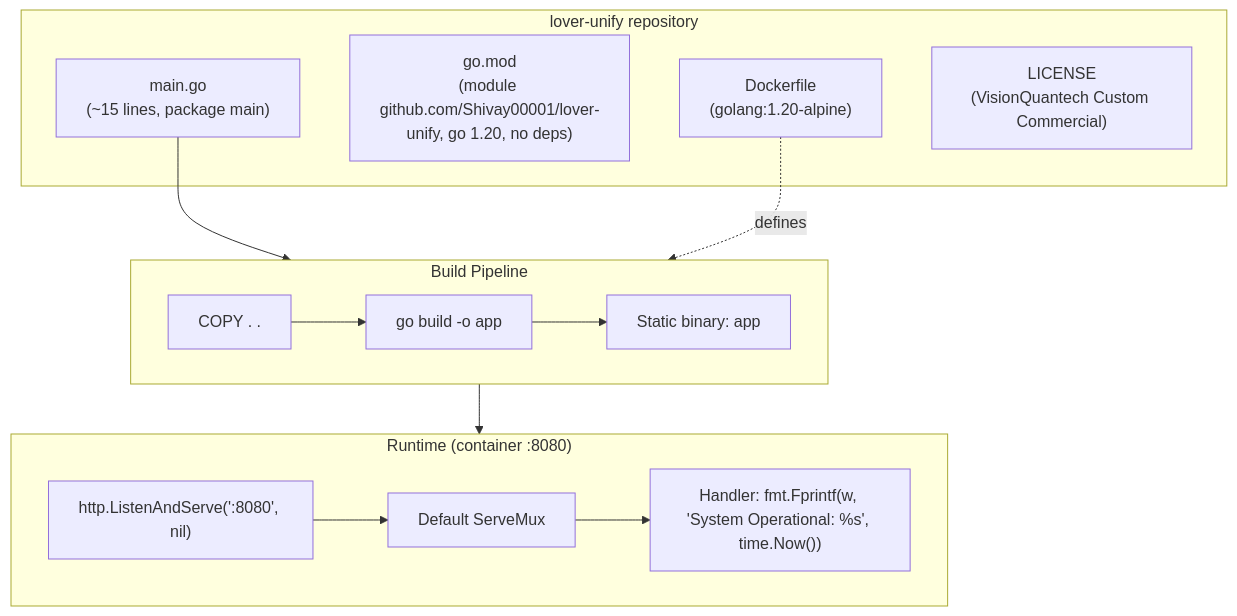
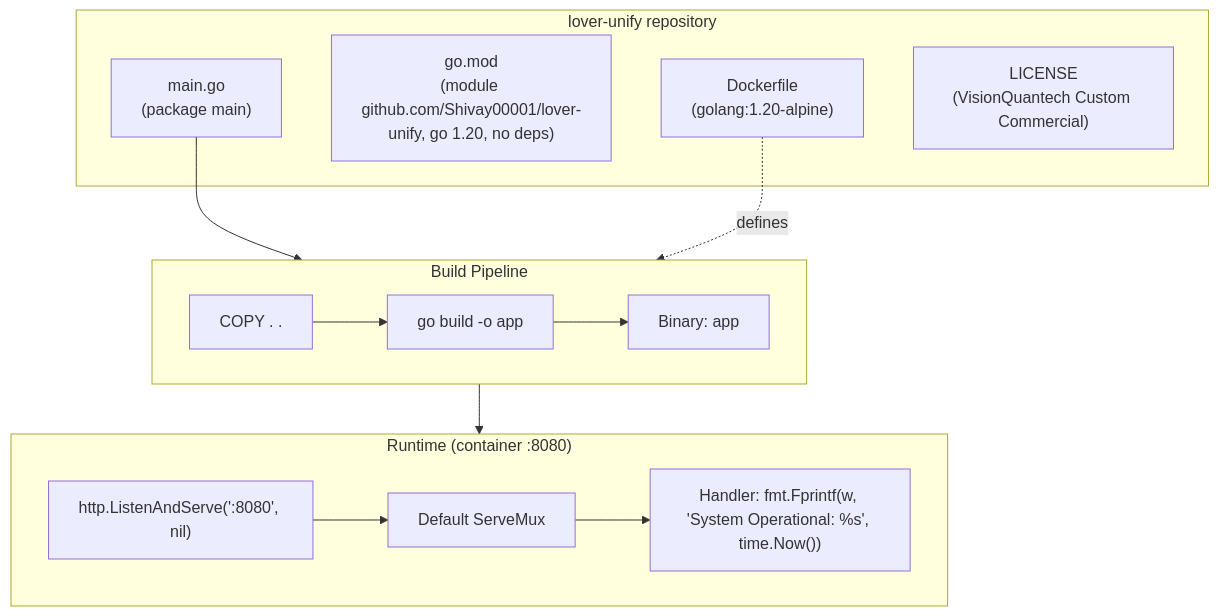
One commit to Shivay00001/lover-unify changed the second of 3 diagrams in README.md. Above: the diagram before and after it, drawn with Mermaid. The commit also changed other lines of this file, not shown here.

````diff
--- a/README.md
+++ b/README.md
@@ -59,21 +59,21 @@
 ```mermaid
 flowchart TB
     subgraph Repo["lover-unify repository"]
-        MG["main.go<br/>(~15 lines, package main)"]
+        MG["main.go<br/>(package main)"]
         GM["go.mod<br/>(module github.com/Shivay00001/lover-unify, go 1.20, no deps)"]
         DF["Dockerfile<br/>(golang:1.20-alpine)"]
         LC["LICENSE<br/>(VisionQuantech Custom Commercial)"]
     end
 
     subgraph Build["Build Pipeline"]
-        CP["COPY . ."] --> GB["go build -o app"] --> BIN["Static binary: app"]
+        CP["COPY . ."] --> GB["go build -o app"] --> BIN["Binary: app"]
     end
 
     subgraph Runtime["Runtime (container :8080)"]
         LS["http.ListenAndServe(':8080', nil)"] --> MUX["Default ServeMux"]
         MUX --> HND["Handler: fmt.Fprintf(w, 'System Operational: %s', time.Now())"]
     end
 
     MG --> Build --> Runtime
     DF -.defines.-> Build
 ```
````
